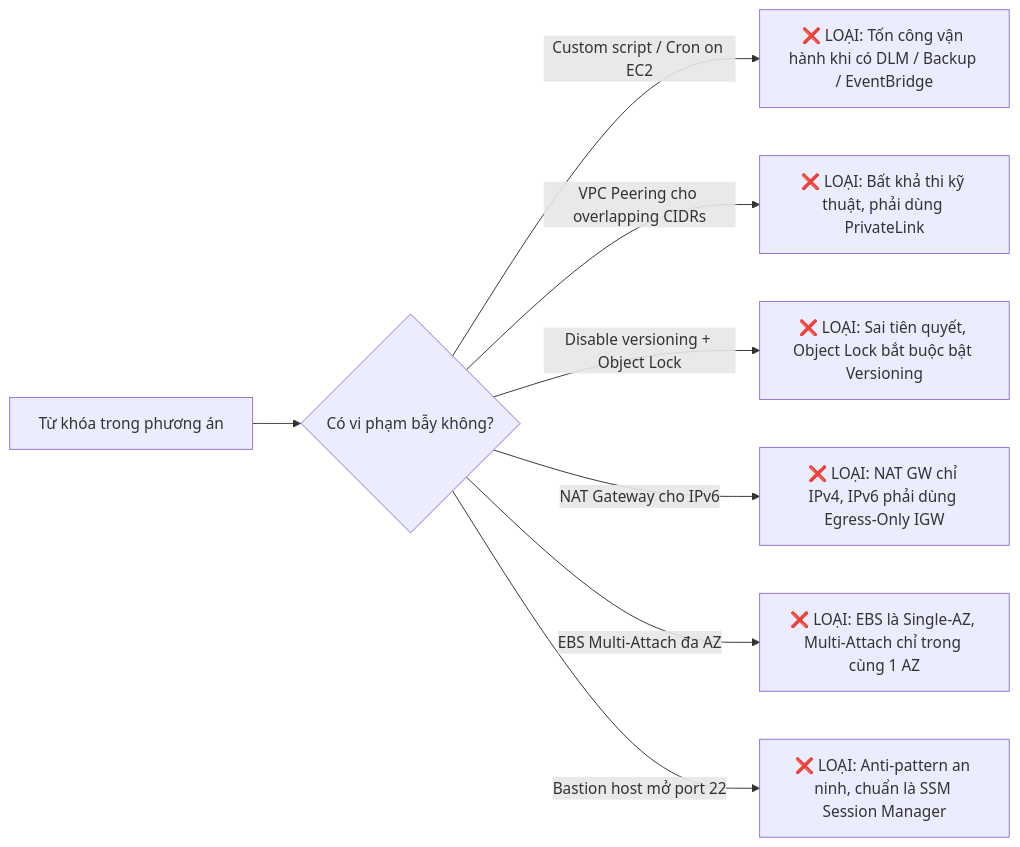
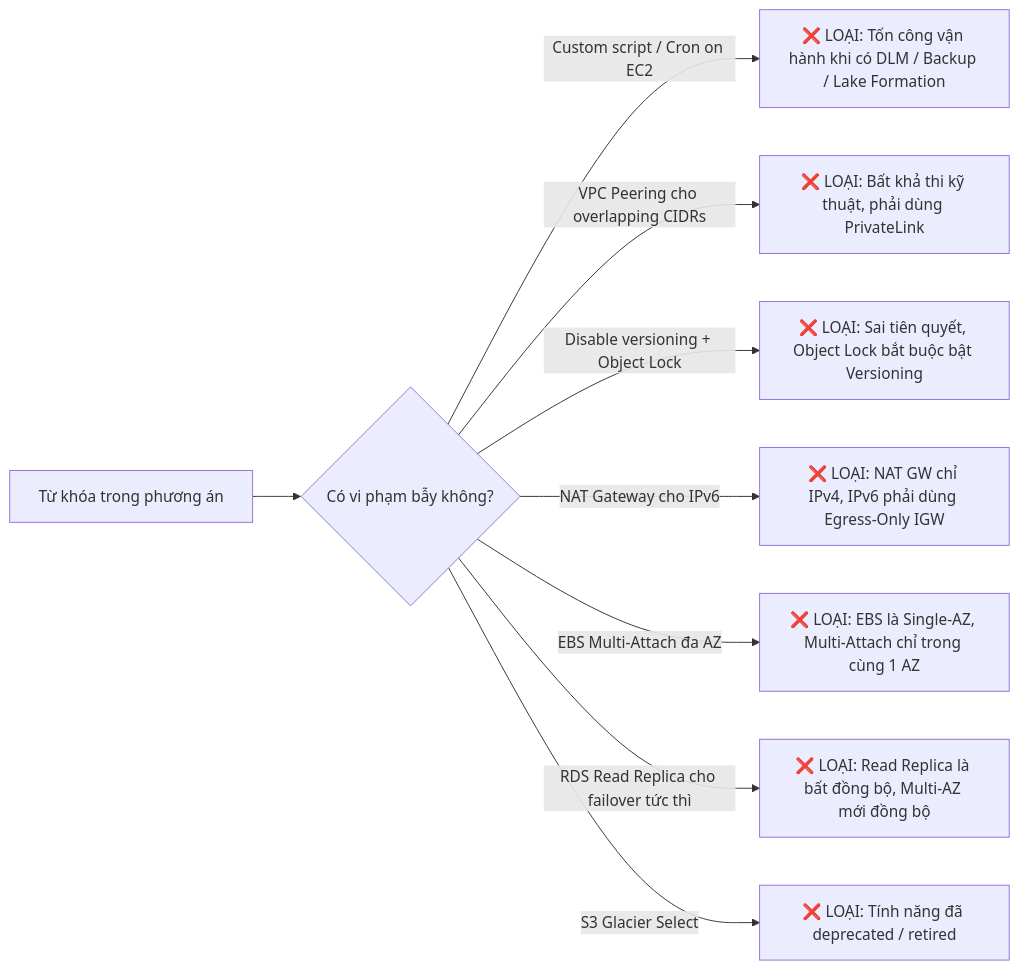
Before and after one commit to nhatphanhk/AWS_XBrain_Note: the second of 4 diagrams in EXAM_VOCABULARY.md, drawn with Mermaid. The commit also changed other lines of this file and 29 other files, not shown here.

````diff
--- a/EXAM_VOCABULARY.md
+++ b/EXAM_VOCABULARY.md
@@ -80,10 +89,11 @@
 ```mermaid
 flowchart LR
     A[Từ khóa trong phương án] --> B{Có vi phạm bẫy không?}
-    B -->|Custom script / Cron on EC2| Trap1[❌ LOẠI: Tốn công vận hành khi có DLM / Backup / EventBridge]
+    B -->|Custom script / Cron on EC2| Trap1[❌ LOẠI: Tốn công vận hành khi có DLM / Backup / Lake Formation]
     B -->|VPC Peering cho overlapping CIDRs| Trap2[❌ LOẠI: Bất khả thi kỹ thuật, phải dùng PrivateLink]
     B -->|Disable versioning + Object Lock| Trap3[❌ LOẠI: Sai tiên quyết, Object Lock bắt buộc bật Versioning]
     B -->|NAT Gateway cho IPv6| Trap4[❌ LOẠI: NAT GW chỉ IPv4, IPv6 phải dùng Egress-Only IGW]
     B -->|EBS Multi-Attach đa AZ| Trap5[❌ LOẠI: EBS là Single-AZ, Multi-Attach chỉ trong cùng 1 AZ]
-    B -->|Bastion host mở port 22| Trap6[❌ LOẠI: Anti-pattern an ninh, chuẩn là SSM Session Manager]
+    B -->|RDS Read Replica cho failover tức thì| Trap6[❌ LOẠI: Read Replica là bất đồng bộ, Multi-AZ mới đồng bộ]
+    B -->|S3 Glacier Select| Trap7[❌ LOẠI: Tính năng đã deprecated / retired]
 ```
````
